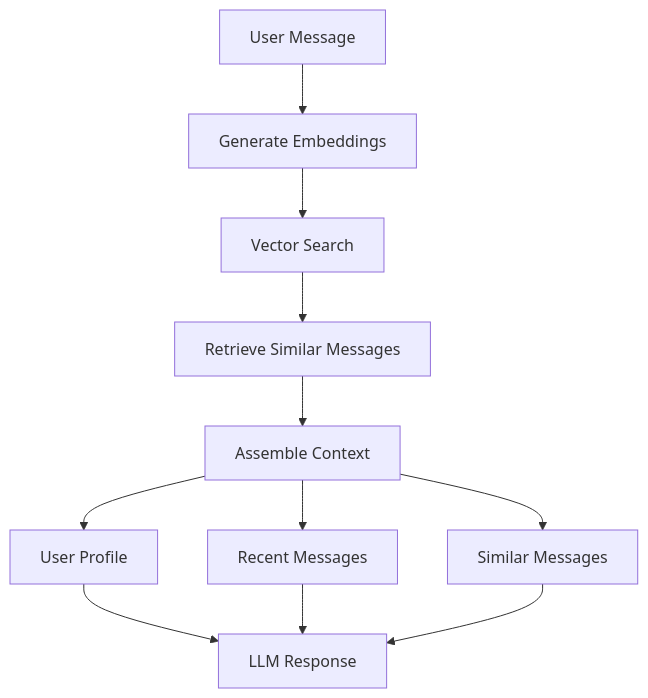
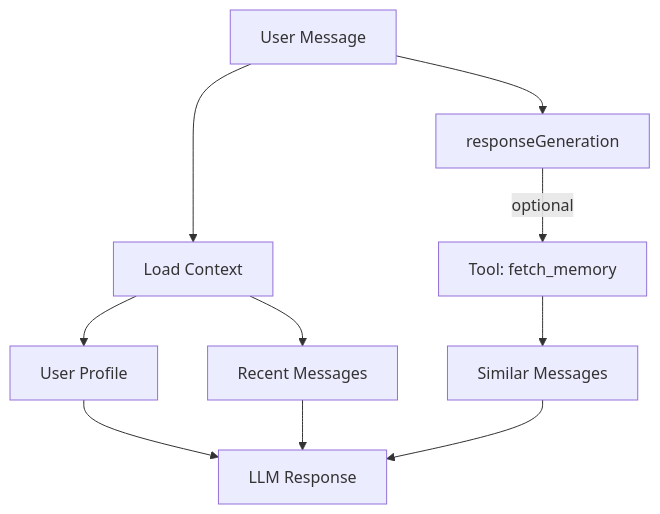
Before and after one commit to malbq/whatsapp-agents: the third of 4 diagrams in spec/features/agentWorkflow.md, drawn with Mermaid. The commit also changed other lines of this file and 4 other files, not shown here.

````diff
--- a/spec/features/agentWorkflow.md
+++ b/spec/features/agentWorkflow.md
@@ -195,13 +168,12 @@
 ```mermaid
 graph TD
-    A[User Message] --> B[Generate Embeddings]
-    B --> C[Vector Search]
-    C --> D[Retrieve Similar Messages]
-    D --> E[Assemble Context]
-    E --> F[User Profile]
-    E --> G[Recent Messages]
-    E --> H[Similar Messages]
-    F --> I[LLM Response]
-    G --> I
-    H --> I
+    A[User Message] --> B[Load Context]
+    B --> C[User Profile]
+    B --> D[Recent Messages]
+    A --> E[responseGeneration]
+    E -->|optional| F[Tool: fetch_memory]
+    F --> G[Similar Messages]
+    C --> H[LLM Response]
+    D --> H
+    G --> H
 ```
````
